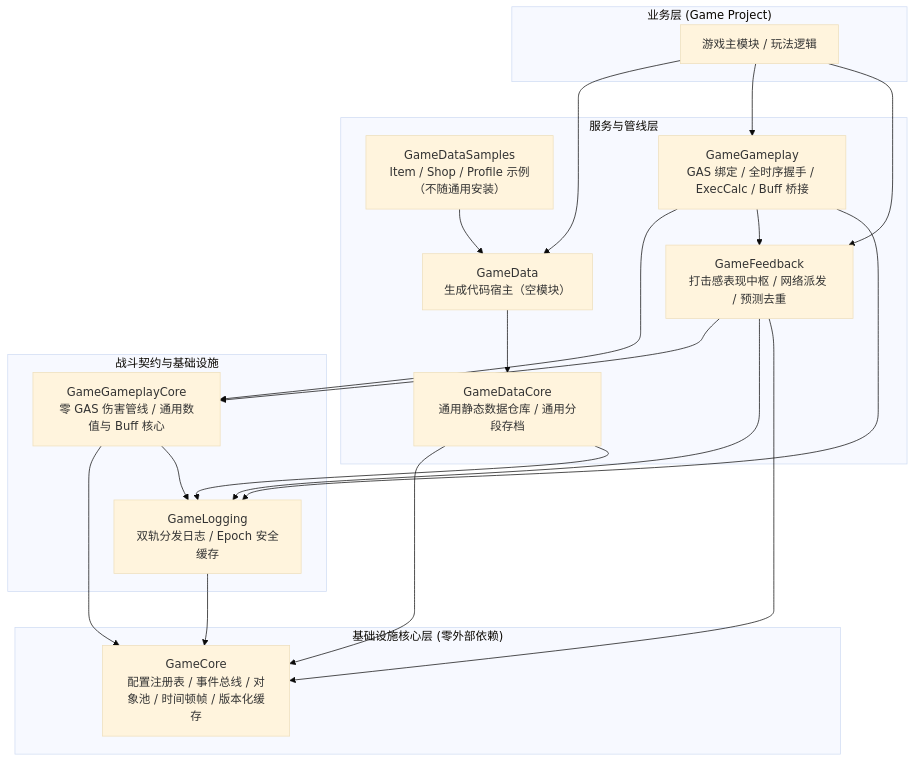
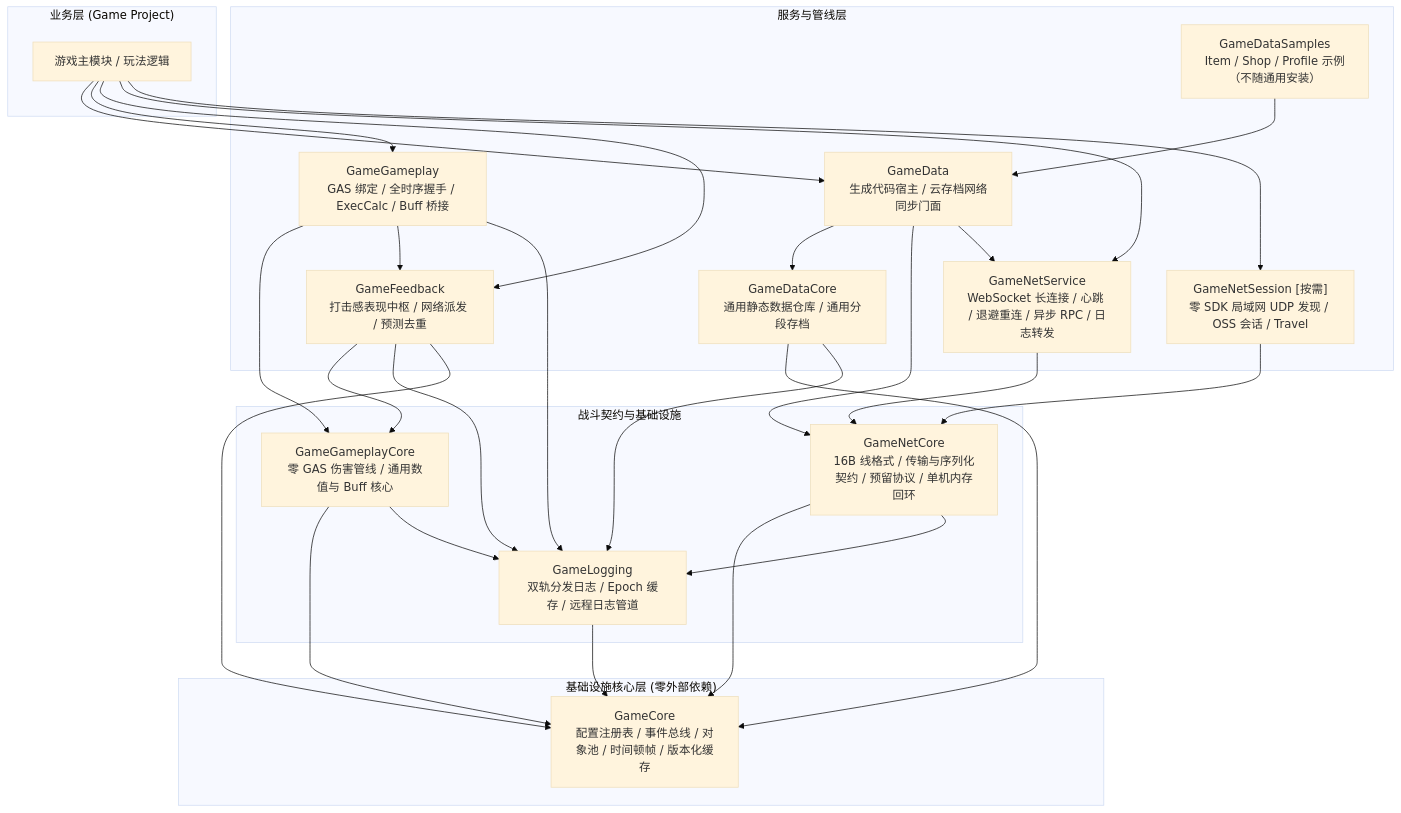
The diagram in README.md (YIice-cwj/ue5-toolkit), drawn with Mermaid (base theme) before and after one commit. The commit also changed other lines of this file and 236 other files, not shown here.

First line of the commit message:
feat: 新增网络套件(GameNetCore/Service/Session)与远程日志及云存档

````diff
--- a/README.md
+++ b/README.md
@@ -20,40 +20,51 @@
 ```mermaid
 graph TD
     subgraph Layer3["业务层 (Game Project)"]
         MyGame["游戏主模块 / 玩法逻辑"]
     end
 
     subgraph Layer2["服务与管线层"]
         GameDataCore["GameDataCore<br>通用静态数据仓库 / 通用分段存档"]
-        GameData["GameData<br>生成代码宿主（空模块）"]
+        GameData["GameData<br>生成代码宿主 / 云存档网络同步门面"]
         GameDataSamples["GameDataSamples<br>Item / Shop / Profile 示例（不随通用安装）"]
         GameGameplay["GameGameplay<br>GAS 绑定 / 全时序握手 / ExecCalc / Buff 桥接"]
         GameFeedback["GameFeedback<br>打击感表现中枢 / 网络派发 / 预测去重"]
+        GameNetService["GameNetService<br>WebSocket 长连接 / 心跳 / 退避重连 / 异步 RPC / 日志转发"]
+        GameNetSession["GameNetSession [按需]<br>零 SDK 局域网 UDP 发现 / OSS 会话 / Travel"]
     end
 
     subgraph Layer1["战斗契约与基础设施"]
         GameGameplayCore["GameGameplayCore<br>零 GAS 伤害管线 / 通用数值与 Buff 核心"]
-        GameLogging["GameLogging<br>双轨分发日志 / Epoch 安全缓存"]
+        GameNetCore["GameNetCore<br>16B 线格式 / 传输与序列化契约 / 预留协议 / 单机内存回环"]
+        GameLogging["GameLogging<br>双轨分发日志 / Epoch 缓存 / 远程日志管道"]
     end
 
     subgraph Layer0["基础设施核心层 (零外部依赖)"]
         GameCore["GameCore<br>配置注册表 / 事件总线 / 对象池 / 时间顿帧 / 版本化缓存"]
     end
 
     MyGame --> GameData
     MyGame --> GameGameplay
     MyGame --> GameFeedback
+    MyGame --> GameNetService
+    MyGame --> GameNetSession
     GameDataSamples --> GameData
     GameData --> GameDataCore
+    GameData --> GameNetCore
+    GameData --> GameNetService
     GameGameplay --> GameGameplayCore
     GameGameplay --> GameFeedback
     GameGameplay --> GameLogging
     GameFeedback --> GameGameplayCore
     GameFeedback --> GameLogging
     GameFeedback --> GameCore
+    GameNetService --> GameNetCore
+    GameNetSession --> GameNetCore
+    GameNetCore --> GameCore
+    GameNetCore --> GameLogging
     GameGameplayCore --> GameCore
     GameGameplayCore --> GameLogging
     GameDataCore --> GameCore
     GameDataCore --> GameLogging
     GameLogging --> GameCore
 ```
````
